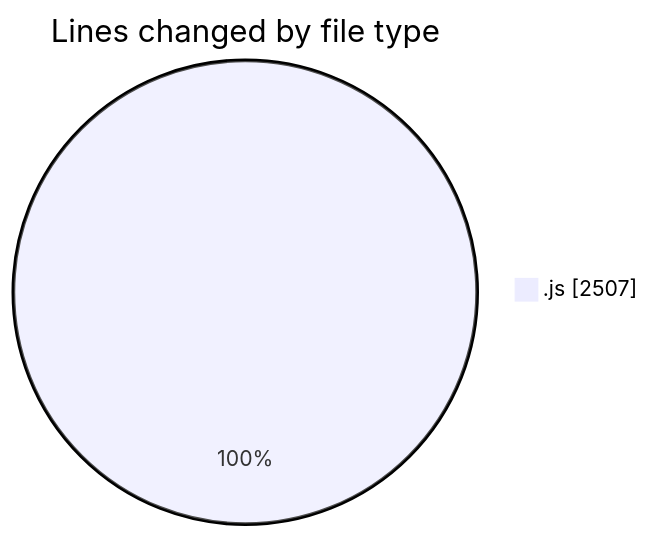
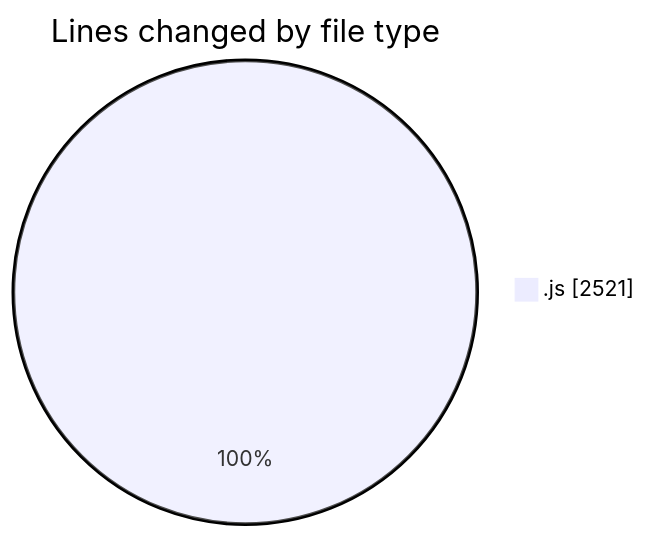
One commit to Ritupan-Deka/code-tracking changed the first of 2 diagrams in 2025-08-04/javascript/README.md. Above: the diagram before and after it, drawn with Mermaid. The commit also changed other lines of this file and 1 other file, not shown here.

````diff
--- a/2025-08-04/javascript/README.md
+++ b/2025-08-04/javascript/README.md
@@ -24,5 +24,5 @@
 ```mermaid
 pie showData
 title Lines changed by file type
-".js" : 2507
+".js" : 2521
 ```
````
